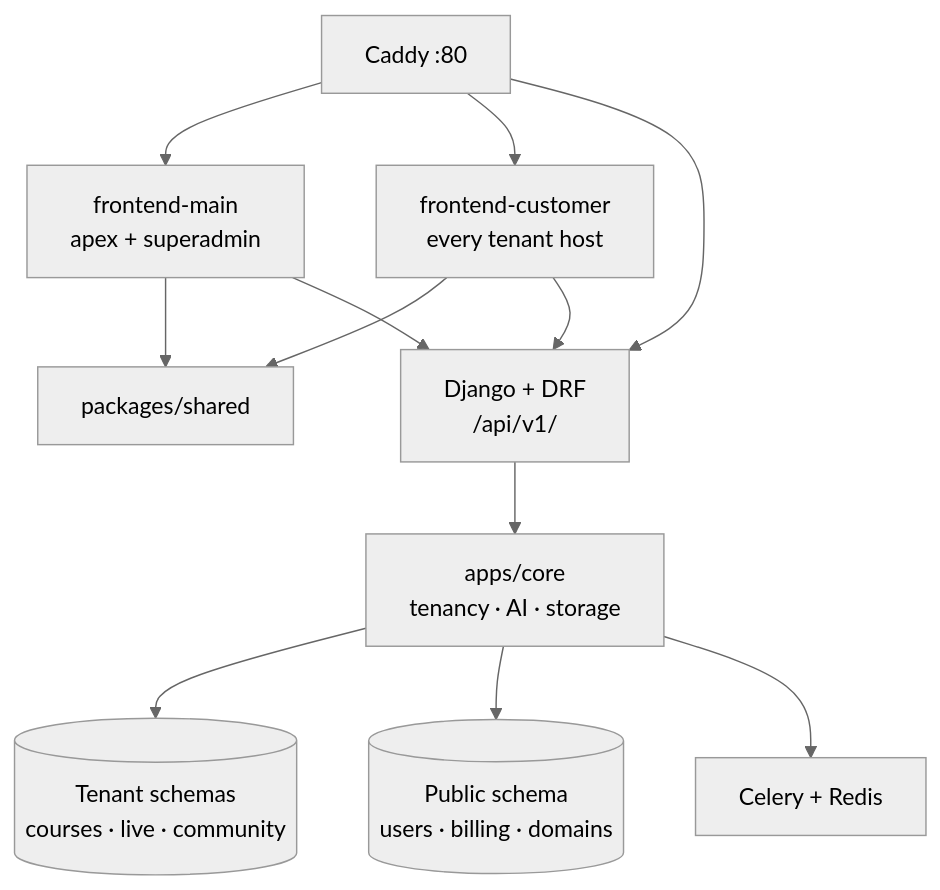
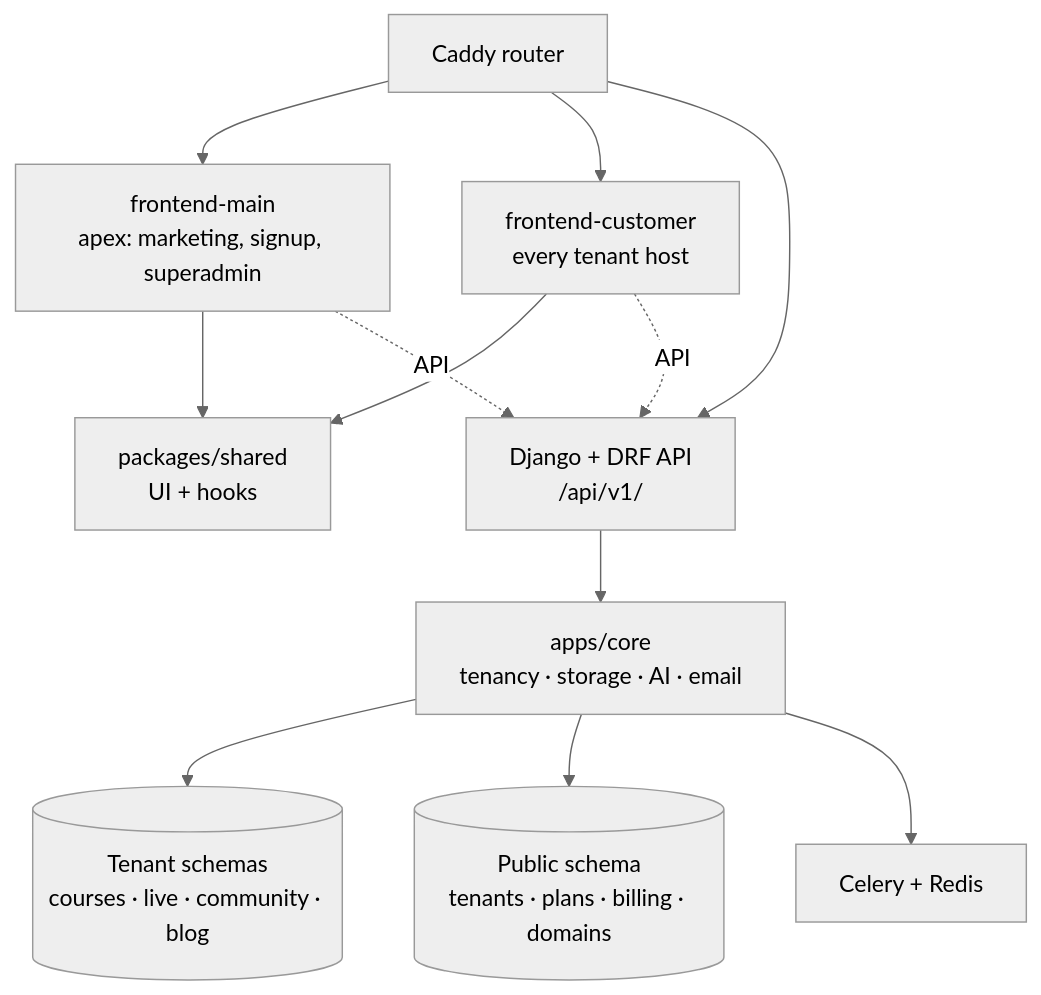
The diagram in docs/wiki/overview.md (tahayusufkomur/contentor), drawn with Mermaid (neutral theme) before and after one commit. The commit also changed other lines of this file and 90 other files, not shown here.

````diff
--- a/docs/wiki/overview.md
+++ b/docs/wiki/overview.md
@@ -11,24 +19,24 @@
 ```mermaid
 graph TD
-    Caddy[Caddy :80]
-    Main[frontend-main<br/>apex + superadmin]
+    Caddy[Caddy router]
+    Main[frontend-main<br/>apex: marketing, signup, superadmin]
     Cust[frontend-customer<br/>every tenant host]
-    Shared[packages/shared]
-    API[Django + DRF<br/>/api/v1/]
-    Core[apps/core<br/>tenancy · AI · storage]
-    Tenant[(Tenant schemas<br/>courses · live · community)]
-    Public[(Public schema<br/>users · billing · domains)]
+    Shared[packages/shared<br/>UI + hooks]
+    Django[Django + DRF API<br/>/api/v1/]
+    Core[apps/core<br/>tenancy · storage · AI · email]
+    Tenant[(Tenant schemas<br/>courses · live · community · blog)]
+    Public[(Public schema<br/>tenants · plans · billing · domains)]
     Celery[Celery + Redis]
 
     Caddy --> Main
     Caddy --> Cust
-    Caddy --> API
+    Caddy --> Django
     Main --> Shared
     Cust --> Shared
-    Main --> API
-    Cust --> API
-    API --> Core
+    Main -.API.-> Django
+    Cust -.API.-> Django
+    Django --> Core
     Core --> Tenant
     Core --> Public
     Core --> Celery
 ```
````
